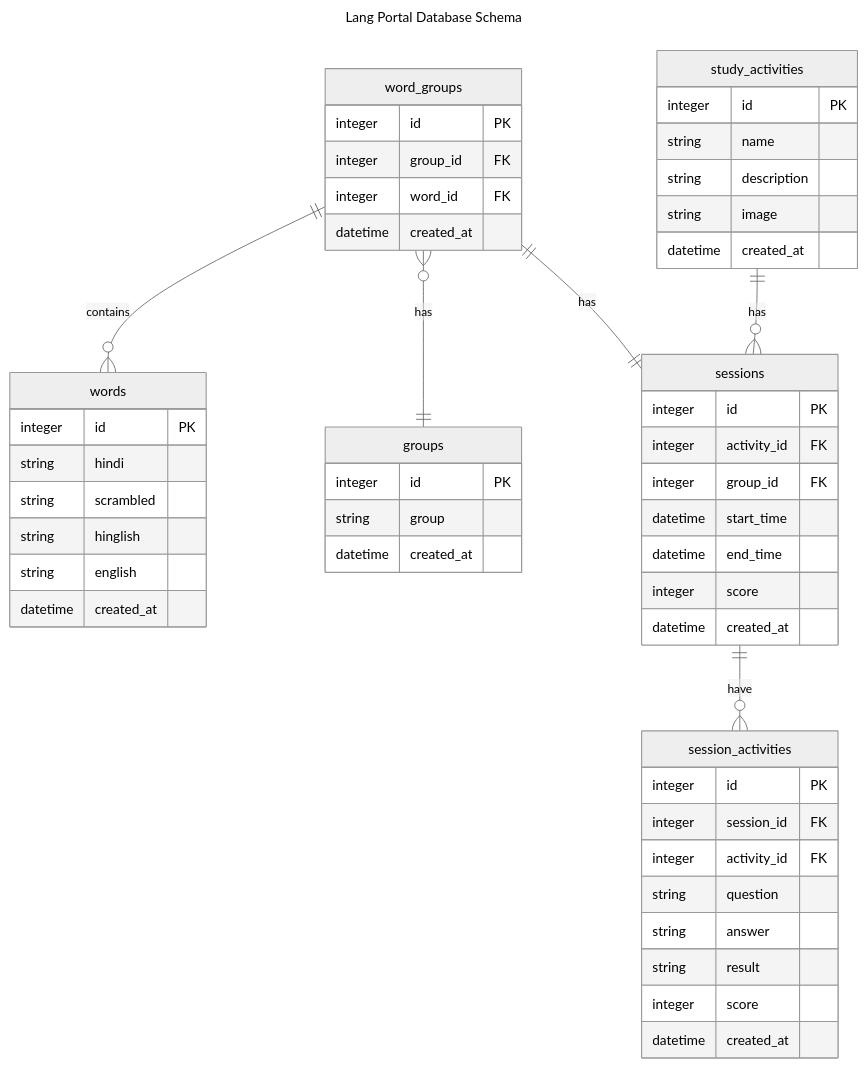
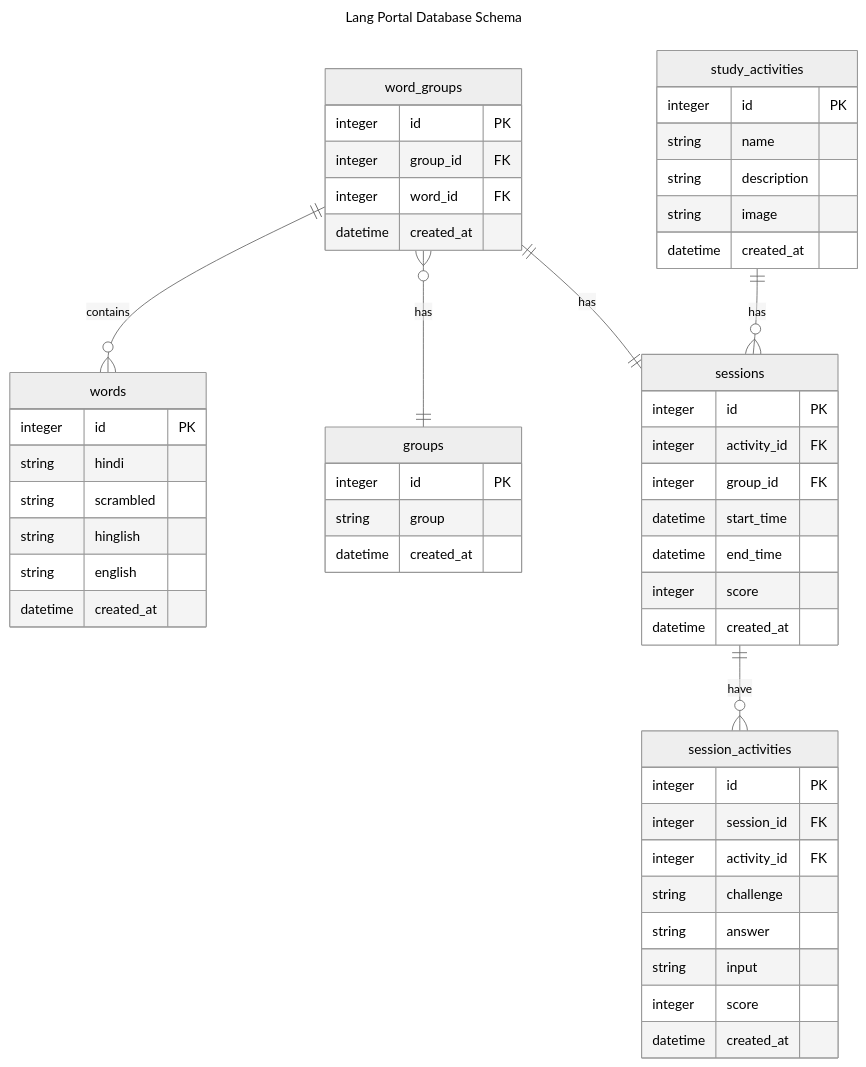
The diagram in lang-portal/backend/README.md (pavittarx/free-genai-bootcamp-2025), drawn with Mermaid (neutral theme) before and after one commit. The commit also changed other lines of this file and 2 other files, not shown here.

Commit message:
week-1: Overview & Execution plan for frontend

````diff
--- a/lang-portal/backend/README.md
+++ b/lang-portal/backend/README.md
@@ -70,62 +70,62 @@
 ```mermaid
 ---
 title: Lang Portal Database Schema
 ---
 
 erDiagram
     words {
         integer id PK
         string hindi
         string scrambled
         string hinglish
         string english
         datetime created_at
     }
 
     groups {
         integer id PK
         string group
         datetime created_at
     }
 
     word_groups ||--o{ words : contains
     word_groups }o--|| groups : has
     word_groups ||--|| sessions : has
     word_groups {
         integer id PK
         integer group_id FK
         integer word_id FK
         datetime created_at
     }
 
     study_activities ||--o{ sessions : has
     study_activities {
         integer id PK
         string name
         string description
         string image
         datetime created_at
     }
 
     sessions ||--o{ session_activities : have
     sessions {
         integer id PK
         integer activity_id FK
         integer group_id FK
         datetime start_time
         datetime end_time
         integer score
         datetime created_at
     }
 
     session_activities {
         integer id PK
         integer session_id FK
         integer activity_id FK
-        string question
+        string challenge
         string answer
-        string result
+        string input
         integer score
         datetime created_at
     }
 ```
````
